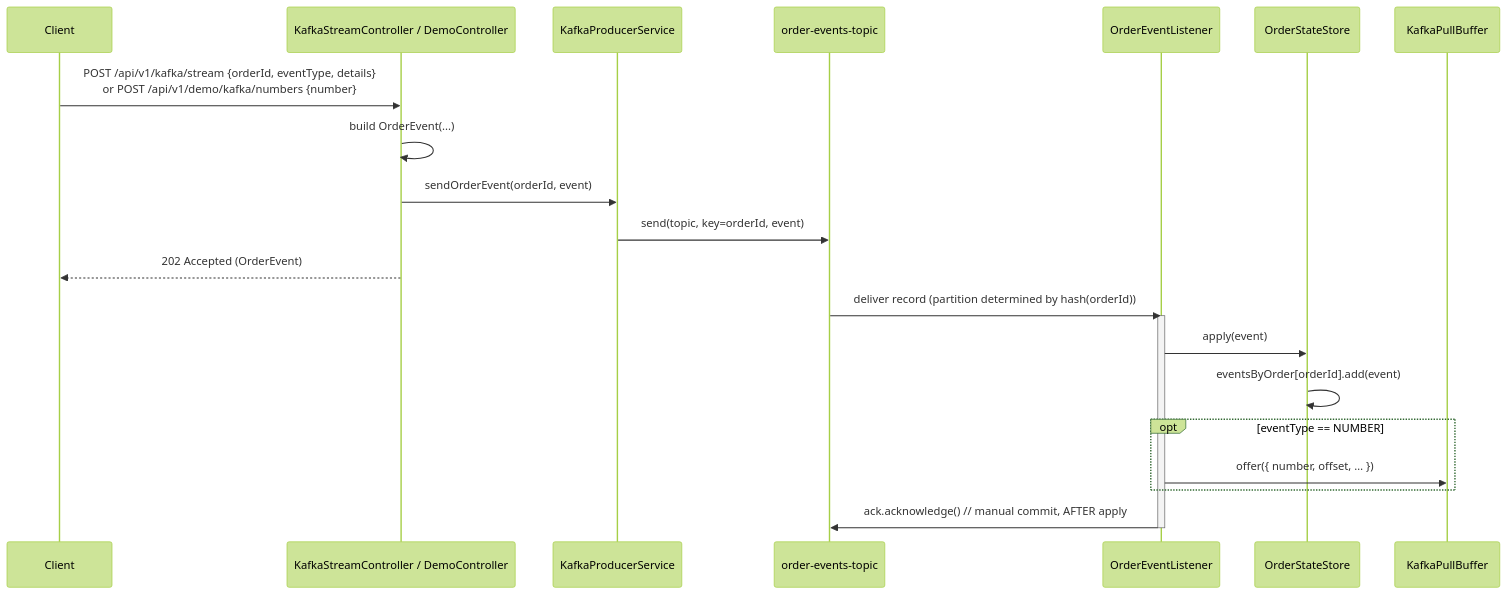
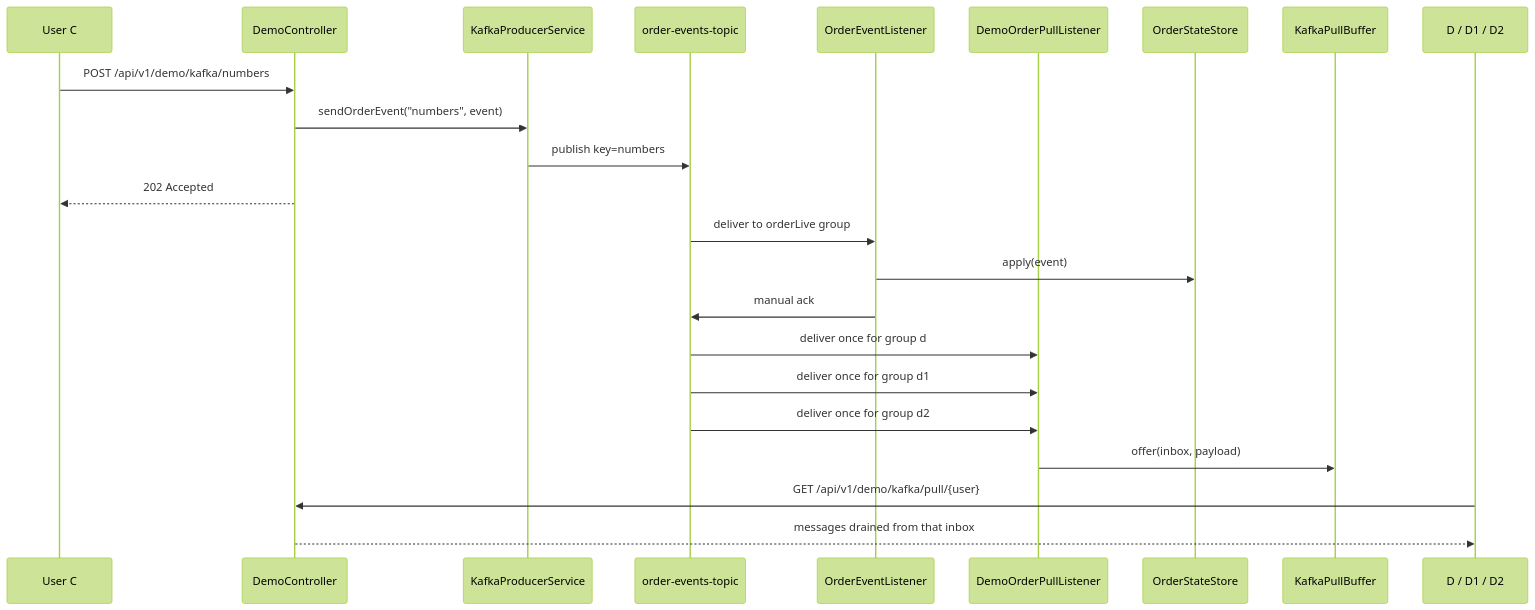
The fifth of 7 diagrams in docs/ARCHITECTURE.md (manydogs23/Kafka), drawn with Mermaid (forest theme) before and after one commit. The commit also changed other lines of this file and 21 other files, not shown here.

````diff
--- a/docs/ARCHITECTURE.md
+++ b/docs/ARCHITECTURE.md
@@ -170,26 +208,29 @@
 ```mermaid
 sequenceDiagram
-    participant C as Client
-    participant Ctrl as KafkaStreamController / DemoController
+    participant C as User C
+    participant Demo as DemoController
     participant P as KafkaProducerService
     participant K as order-events-topic
-    participant L as OrderEventListener
-    participant S as OrderStateStore
+    participant Live as OrderEventListener
+    participant Pull as DemoOrderPullListener
+    participant Store as OrderStateStore
     participant Buf as KafkaPullBuffer
+    participant Dx as D / D1 / D2
 
-    C->>Ctrl: POST /api/v1/kafka/stream {orderId, eventType, details}<br/>or POST /api/v1/demo/kafka/numbers {number}
-    Ctrl->>Ctrl: build OrderEvent(...)
-    Ctrl->>P: sendOrderEvent(orderId, event)
-    P->>K: send(topic, key=orderId, event)
-    Ctrl-->>C: 202 Accepted (OrderEvent)
+    C->>Demo: POST /api/v1/demo/kafka/numbers
+    Demo->>P: sendOrderEvent("numbers", event)
+    P->>K: publish key=numbers
+    Demo-->>C: 202 Accepted
 
-    K->>L: deliver record (partition determined by hash(orderId))
-    activate L
-    L->>S: apply(event)
-    S->>S: eventsByOrder[orderId].add(event)
-    opt eventType == NUMBER
-        L->>Buf: offer({ number, offset, … })
-    end
-    L->>K: ack.acknowledge()  // manual commit, AFTER apply
-    deactivate L
+    K->>Live: deliver to orderLive group
+    Live->>Store: apply(event)
+    Live->>K: manual ack
+
+    K->>Pull: deliver once for group d
+    K->>Pull: deliver once for group d1
+    K->>Pull: deliver once for group d2
+    Pull->>Buf: offer(inbox, payload)
+
+    Dx->>Demo: GET /api/v1/demo/kafka/pull/{user}
+    Demo-->>Dx: messages drained from that inbox
 ```
````
